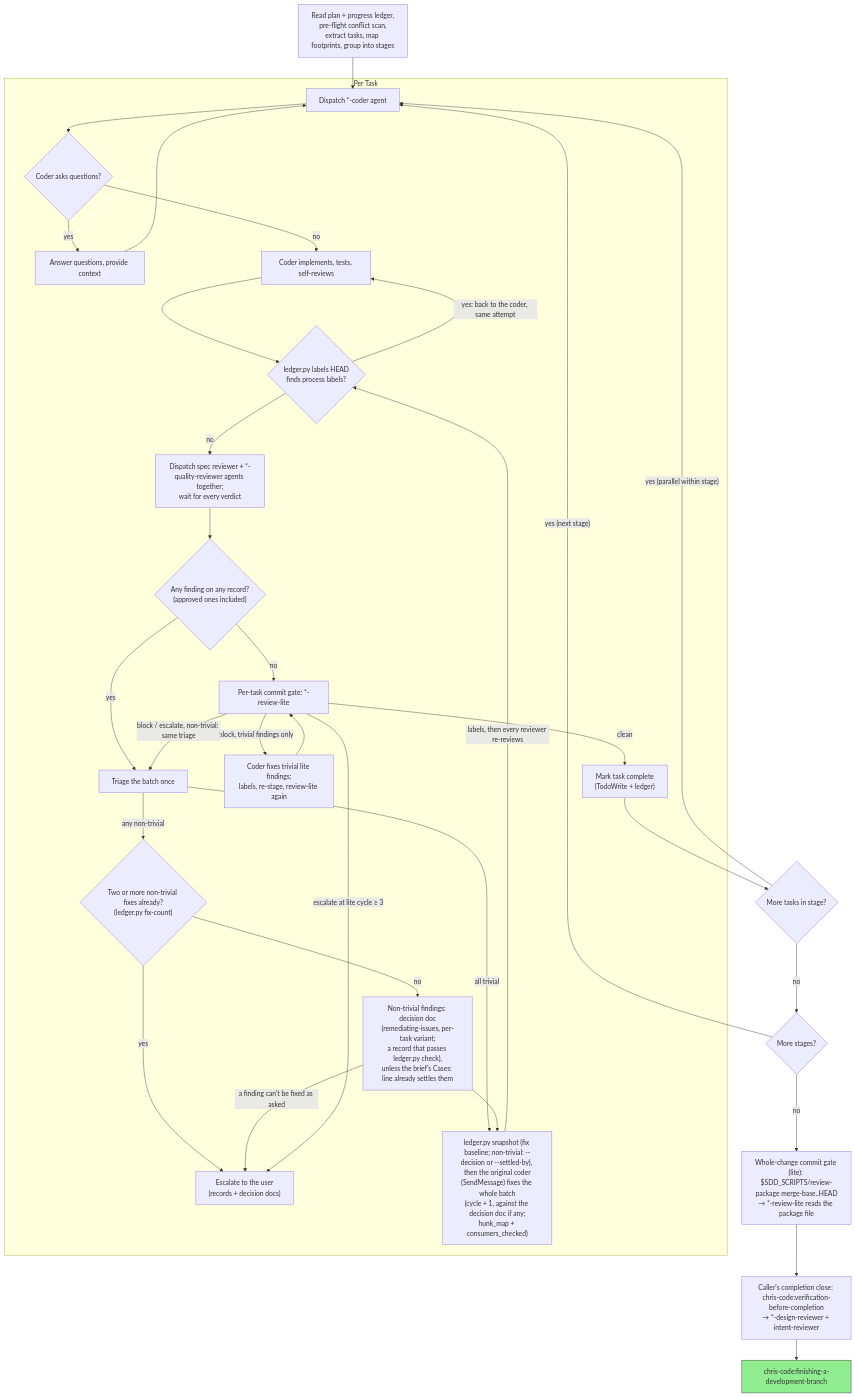
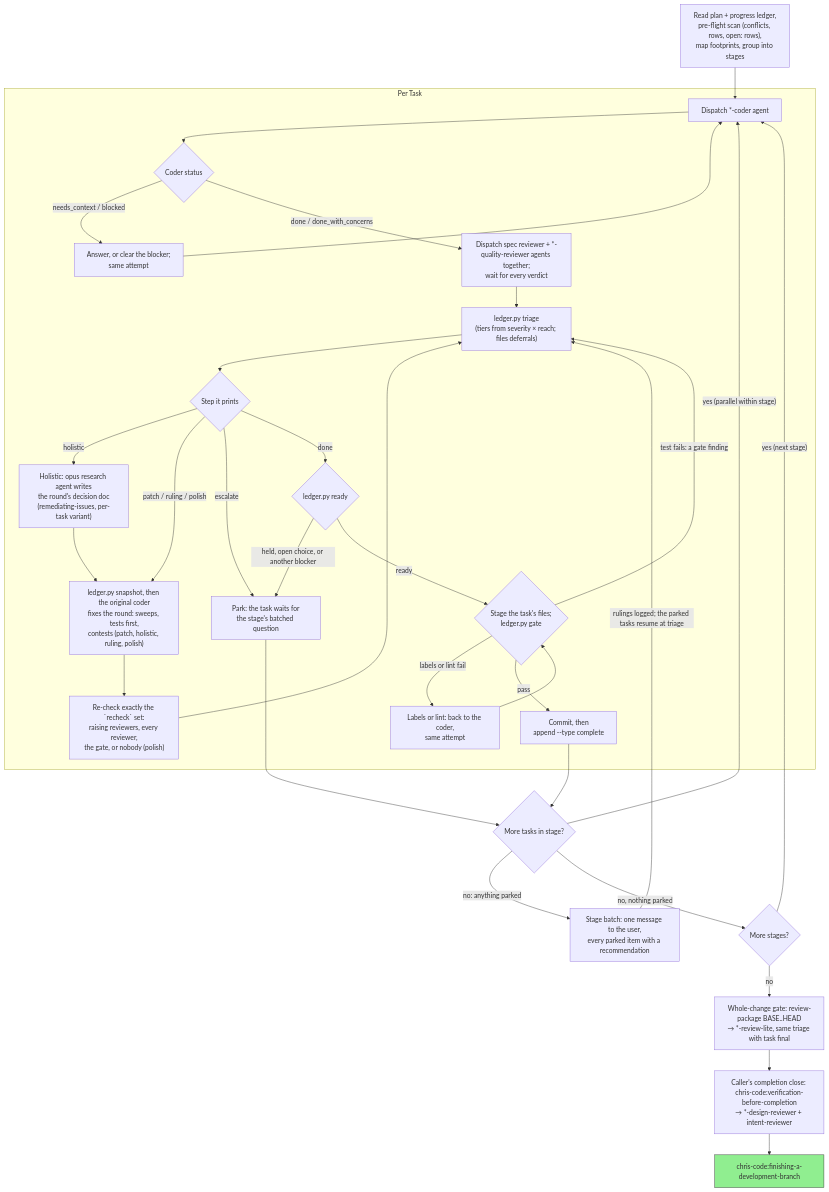
Before and after one commit to chris-santiago/claude-plugins: the diagram in chris-code/skills/subagent-driven-development/SKILL.md, drawn with Mermaid. The commit also changed other lines of this file, not shown here.

Commit message:
Rewrite SDD's per-task loop around triage, the stage batch and the scripted gate

````diff
--- a/chris-code/skills/subagent-driven-development/SKILL.md
+++ b/chris-code/skills/subagent-driven-development/SKILL.md
@@ -28,60 +31,60 @@
 ```mermaid
 flowchart TB
     subgraph Per Task
         coder["Dispatch *-coder agent"]
-        questions{"Coder asks questions?"}
-        answer["Answer questions, provide context"]
-        implement["Coder implements, tests, self-reviews"]
-        labels{"ledger.py labels HEAD<br/>finds process labels?"}
+        status{"Coder status"}
+        answer["Answer, or clear the blocker;<br/>same attempt"]
         reviews["Dispatch spec reviewer + *-quality-reviewer agents together;<br/>wait for every verdict"]
-        reviews_ok{"Any finding on any record?<br/>(approved ones included)"}
-        triage["Triage the batch once"]
-        cap{"Two or more non-trivial fixes already?<br/>(ledger.py fix-count)"}
-        escalate["Escalate to the user<br/>(records + decision docs)"]
-        decision["Non-trivial findings: decision doc<br/>(remediating-issues, per-task variant;<br/>a record that passes ledger.py check),<br/>unless the brief's Cases: line already settles them"]
-        fix["ledger.py snapshot (fix baseline; non-trivial: --decision or --settled-by), then the original coder<br/>(SendMessage) fixes the whole batch<br/>(cycle + 1, against the decision doc if any;<br/>hunk_map + consumers_checked)"]
-        lite_fix["Coder fixes trivial lite findings;<br/>labels, re-stage, review-lite again"]
-        commit_gate["Per-task commit gate: *-review-lite"]
-        done["Mark task complete<br/>(TodoWrite + ledger)"]
+        triage["ledger.py triage<br/>(tiers from severity × reach; files deferrals)"]
+        step{"Step it prints"}
+        research["Holistic: opus research agent writes<br/>the round's decision doc<br/>(remediating-issues, per-task variant)"]
+        fix["ledger.py snapshot, then the original coder<br/>fixes the round: sweeps, tests first,<br/>contests (patch, holistic, ruling, polish)"]
+        recheck["Re-check exactly the `recheck` set:<br/>raising reviewers, every reviewer,<br/>the gate, or nobody (polish)"]
+        park["Park: the task waits for<br/>the stage's batched question"]
+        ready{"ledger.py ready"}
+        gate{"Stage the task's files;<br/>ledger.py gate"}
+        back["Labels or lint: back to the coder,<br/>same attempt"]
+        commit["Commit, then<br/>append --type complete"]
     end
 
-    read["Read plan + progress ledger,<br/>pre-flight conflict scan,<br/>extract tasks, map footprints, group into stages"]
+    read["Read plan + progress ledger,<br/>pre-flight scan (conflicts, rows, open: rows),<br/>map footprints, group into stages"]
+    batch["Stage batch: one message to the user,<br/>every parked item with a recommendation"]
     more_tasks{"More tasks in stage?"}
     more_stages{"More stages?"}
-    final_gate["Whole-change commit gate (lite): $SDD_SCRIPTS/review-package merge-base..HEAD<br/>→ *-review-lite reads the package file"]
+    final_gate["Whole-change gate: review-package BASE..HEAD<br/>→ *-review-lite, same triage with task final"]
     verification["Caller's completion close: chris-code:verification-before-completion<br/>→ *-design-reviewer + intent-reviewer"]
     finish["chris-code:finishing-a-development-branch"]:::finish
 
     read --> coder
-    coder --> questions
-    questions -->|yes| answer
+    coder --> status
+    status -->|"needs_context / blocked"| answer
     answer --> coder
-    questions -->|no| implement
-    implement --> labels
-    labels -->|"yes: back to the coder, same attempt"| implement
-    labels -->|no| reviews
-    reviews --> reviews_ok
-    reviews_ok -->|yes| triage
-    triage -->|all trivial| fix
-    triage -->|any non-trivial| cap
-    cap -->|yes| escalate
-    cap -->|no| decision
-    decision --> fix
-    decision -->|"a finding can't be fixed as asked"| escalate
-    fix -->|"labels, then every reviewer re-reviews"| labels
-    reviews_ok -->|no| commit_gate
-    commit_gate -->|"block, trivial findings only"| lite_fix
-    lite_fix --> commit_gate
-    commit_gate -->|"block / escalate, non-trivial: same triage"| triage
-    commit_gate -->|"escalate at lite cycle ≥ 3"| escalate
-    commit_gate -->|clean| done
-    done --> more_tasks
+    status -->|"done / done_with_concerns"| reviews
+    reviews --> triage
+    triage --> step
+    step -->|holistic| research
+    research --> fix
+    step -->|"patch / ruling / polish"| fix
+    fix --> recheck
+    recheck --> triage
+    step -->|escalate| park
+    step -->|done| ready
+    ready -->|"held, open choice, or another blocker"| park
+    ready -->|ready| gate
+    gate -->|"labels or lint fail"| back
+    back --> gate
+    gate -->|"test fails: a gate finding"| triage
+    gate -->|pass| commit
+    commit --> more_tasks
+    park --> more_tasks
     more_tasks -->|"yes (parallel within stage)"| coder
-    more_tasks -->|no| more_stages
+    more_tasks -->|"no: anything parked"| batch
+    batch -->|"rulings logged; the parked tasks resume at triage"| triage
+    more_tasks -->|"no, nothing parked"| more_stages
     more_stages -->|"yes (next stage)"| coder
     more_stages -->|no| final_gate
     final_gate --> verification
     verification --> finish
 
     classDef finish fill:#90EE90,stroke:#333
 ```
````
